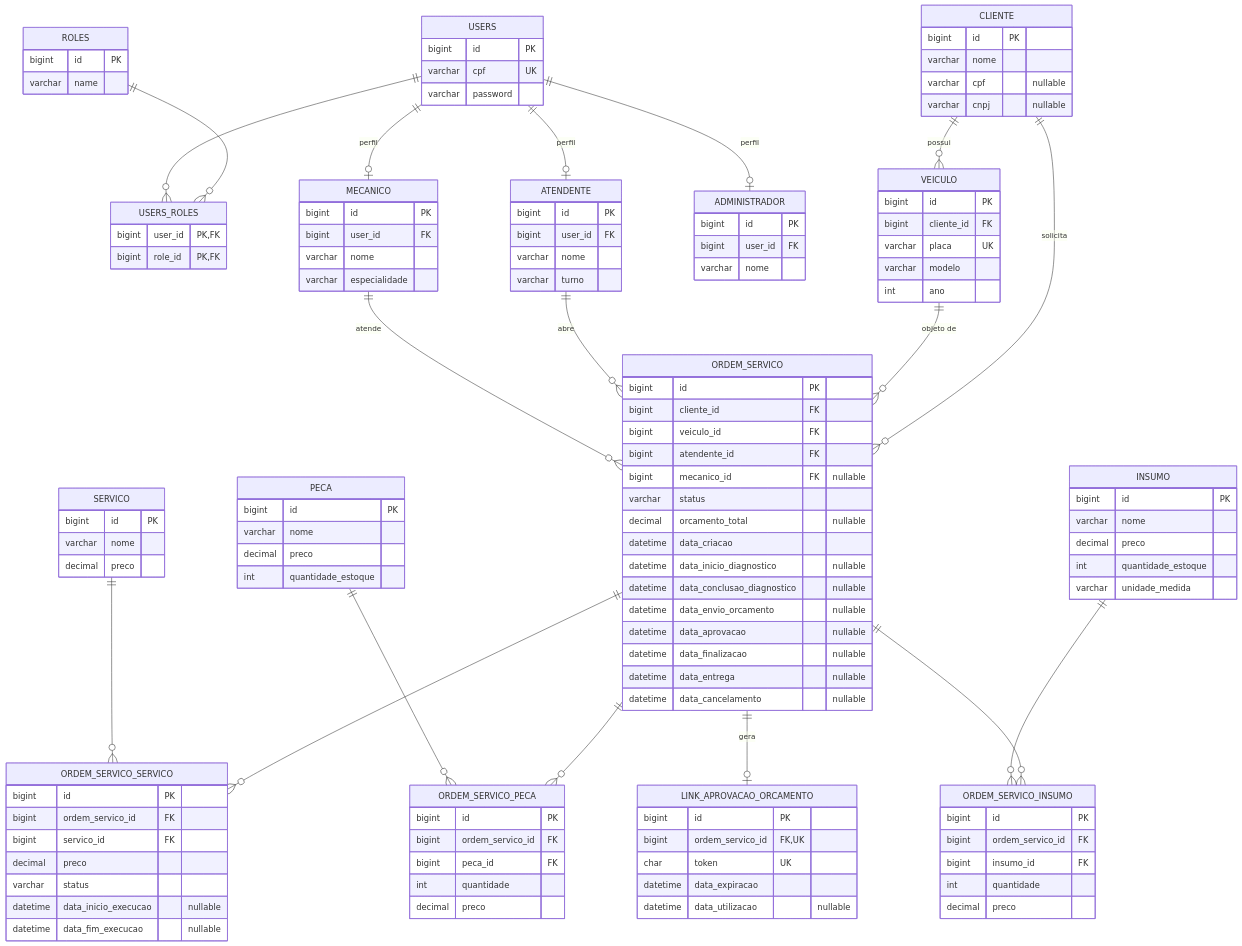
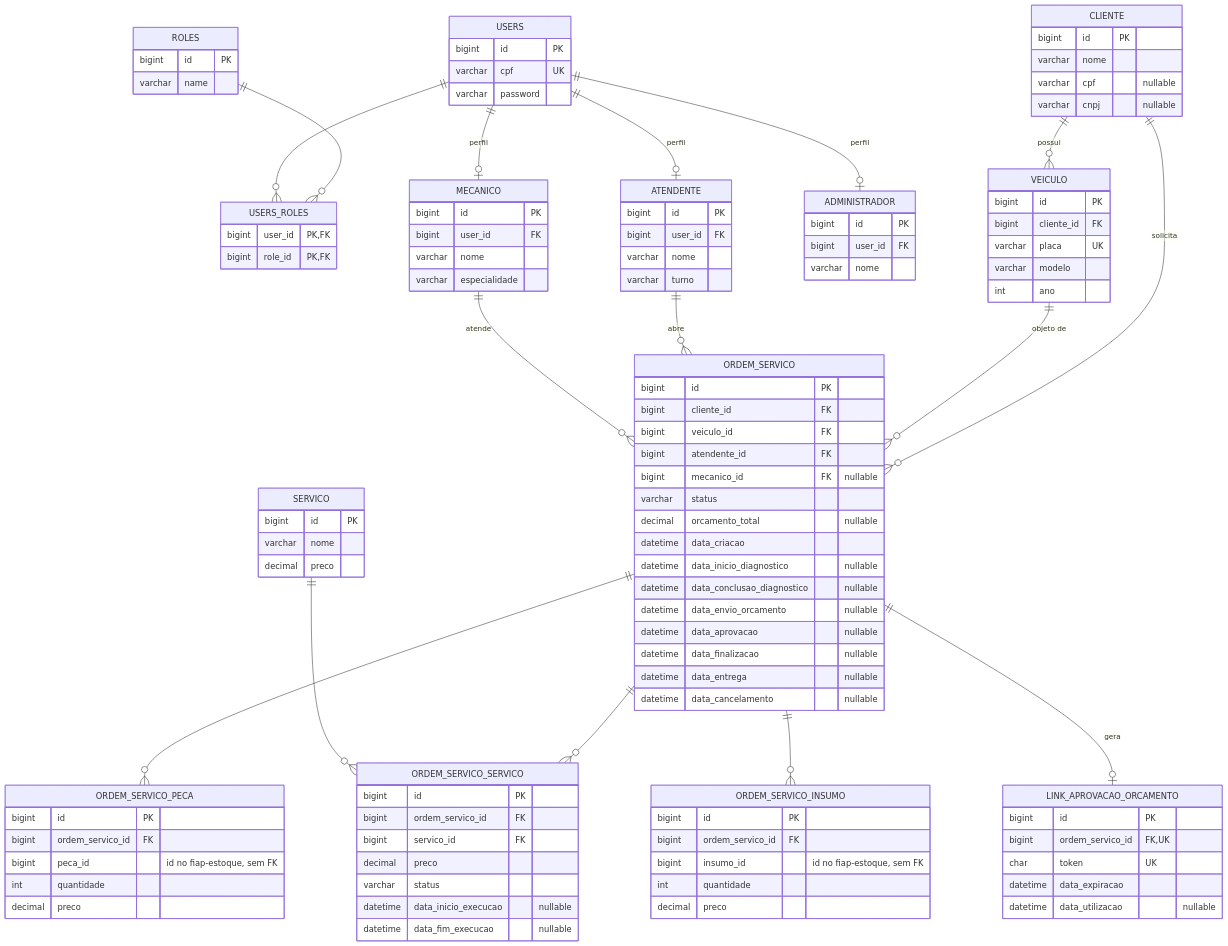
One commit to ArthurPeruzzo/fiap-mecanica changed the diagram in docs/banco-de-dados.md. Above: the diagram before and after it, drawn with Mermaid. The commit also changed other lines of this file and 102 other files, not shown here.

```diff
--- a/docs/banco-de-dados.md
+++ b/docs/banco-de-dados.md
@@ -54,9 +54,7 @@
     ORDEM_SERVICO ||--o{ ORDEM_SERVICO_SERVICO : ""
     SERVICO ||--o{ ORDEM_SERVICO_SERVICO : ""
     ORDEM_SERVICO ||--o{ ORDEM_SERVICO_PECA : ""
-    PECA ||--o{ ORDEM_SERVICO_PECA : ""
     ORDEM_SERVICO ||--o{ ORDEM_SERVICO_INSUMO : ""
-    INSUMO ||--o{ ORDEM_SERVICO_INSUMO : ""
     ORDEM_SERVICO ||--o| LINK_APROVACAO_ORCAMENTO : "gera"
 
     ROLES {
@@ -102,19 +100,6 @@
         varchar modelo
         int ano
     }
-    PECA {
-        bigint id PK
-        varchar nome
-        decimal preco
-        int quantidade_estoque
-    }
-    INSUMO {
-        bigint id PK
-        varchar nome
-        decimal preco
-        int quantidade_estoque
-        varchar unidade_medida
-    }
     SERVICO {
         bigint id PK
         varchar nome
@@ -149,14 +134,14 @@
     ORDEM_SERVICO_PECA {
         bigint id PK
         bigint ordem_servico_id FK
-        bigint peca_id FK
+        bigint peca_id "id no fiap-estoque, sem FK"
         int quantidade
         decimal preco
     }
     ORDEM_SERVICO_INSUMO {
         bigint id PK
         bigint ordem_servico_id FK
-        bigint insumo_id FK
+        bigint insumo_id "id no fiap-estoque, sem FK"
         int quantidade
         decimal preco
     }
```
